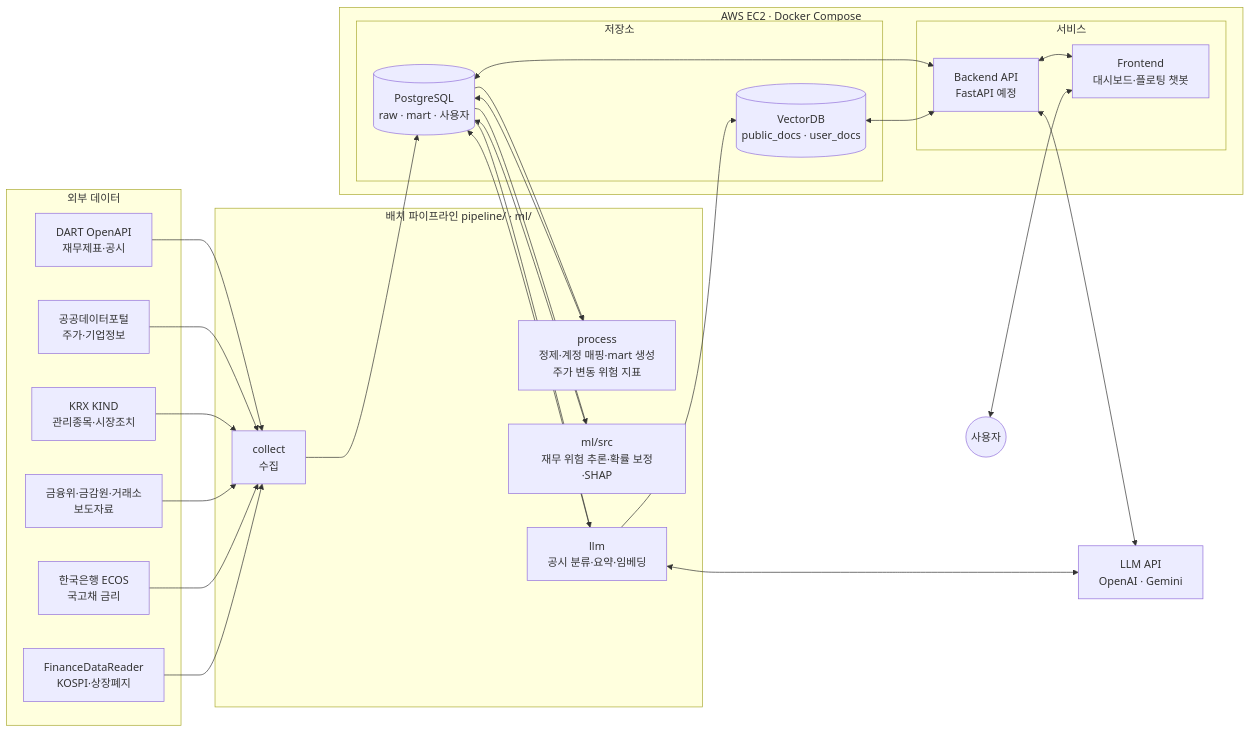
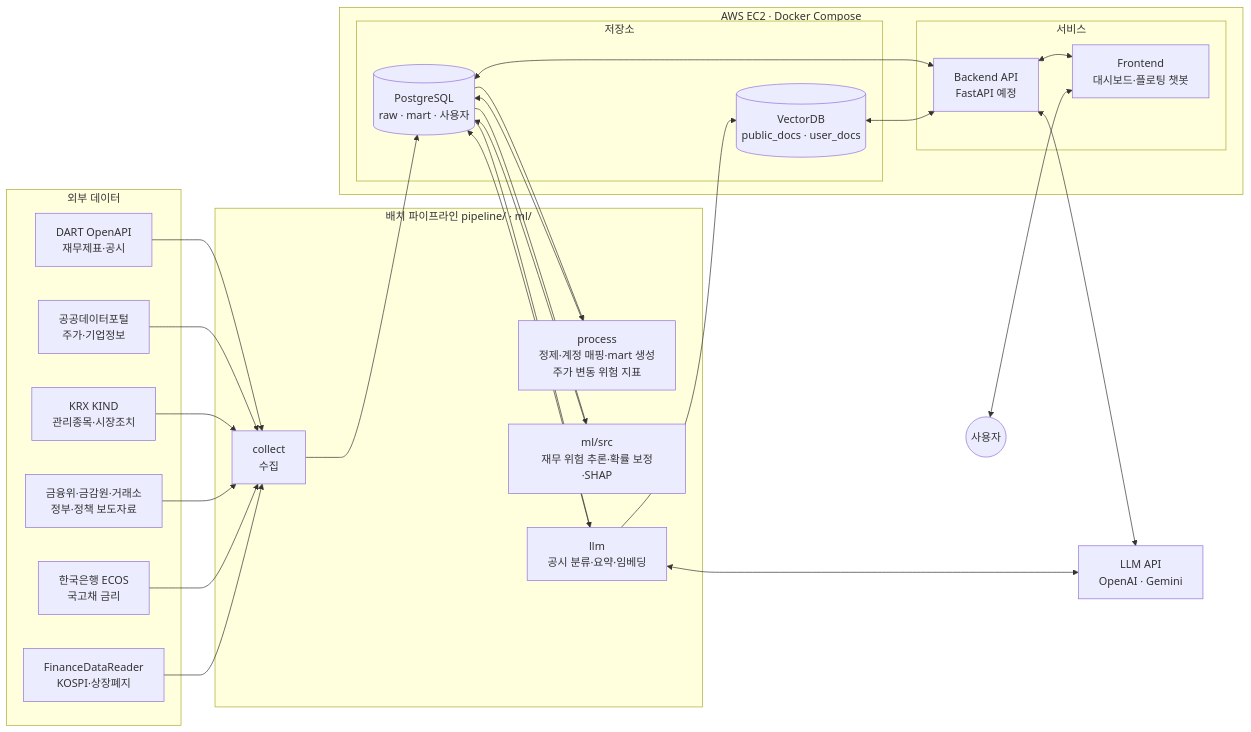
One commit to Hyeonwoo01/finance_final_prj changed the first of 4 diagrams in docs/system_architecture.md. Above: the diagram before and after it, drawn with Mermaid. The commit also changed other lines of this file and 2 other files, not shown here.

````diff
--- a/docs/system_architecture.md
+++ b/docs/system_architecture.md
@@ -19,50 +19,50 @@
 ```mermaid
 flowchart LR
     subgraph SRC[외부 데이터]
         S1[DART OpenAPI<br/>재무제표·공시]
         S2[공공데이터포털<br/>주가·기업정보]
         S3[KRX KIND<br/>관리종목·시장조치]
-        S4[금융위·금감원·거래소<br/>보도자료]
+        S4[금융위·금감원·거래소<br/>정부·정책 보도자료]
         S5[한국은행 ECOS<br/>국고채 금리]
         S6[FinanceDataReader<br/>KOSPI·상장폐지]
     end
 
     subgraph PIPE[배치 파이프라인 pipeline/ · ml/]
         P1[collect<br/>수집]
         P2[process<br/>정제·계정 매핑·mart 생성<br/>주가 변동 위험 지표]
         P3[ml/src<br/>재무 위험 추론·확률 보정·SHAP]
         P4[llm<br/>공시 분류·요약·임베딩]
     end
 
     subgraph STORE[저장소]
         D1[(PostgreSQL<br/>raw · mart · 사용자)]
         D2[(VectorDB<br/>public_docs · user_docs)]
     end
 
     subgraph SVC[서비스]
         B1[Backend API<br/>FastAPI 예정]
         F1[Frontend<br/>대시보드·플로팅 챗봇]
     end
 
     LLM[LLM API<br/>OpenAI · Gemini]
     U((사용자))
 
     S1 & S2 & S3 & S4 & S5 & S6 --> P1 --> D1
     D1 --> P2 --> D1
     D1 --> P3 --> D1
     D1 --> P4
     P4 --> D1
     P4 --> D2
     P4 <--> LLM
 
     D1 <--> B1
     D2 <--> B1
     B1 <--> LLM
     B1 <--> F1
     U <--> F1
 
     subgraph EC2[AWS EC2 · Docker Compose]
         SVC
         STORE
     end
 ```
````
